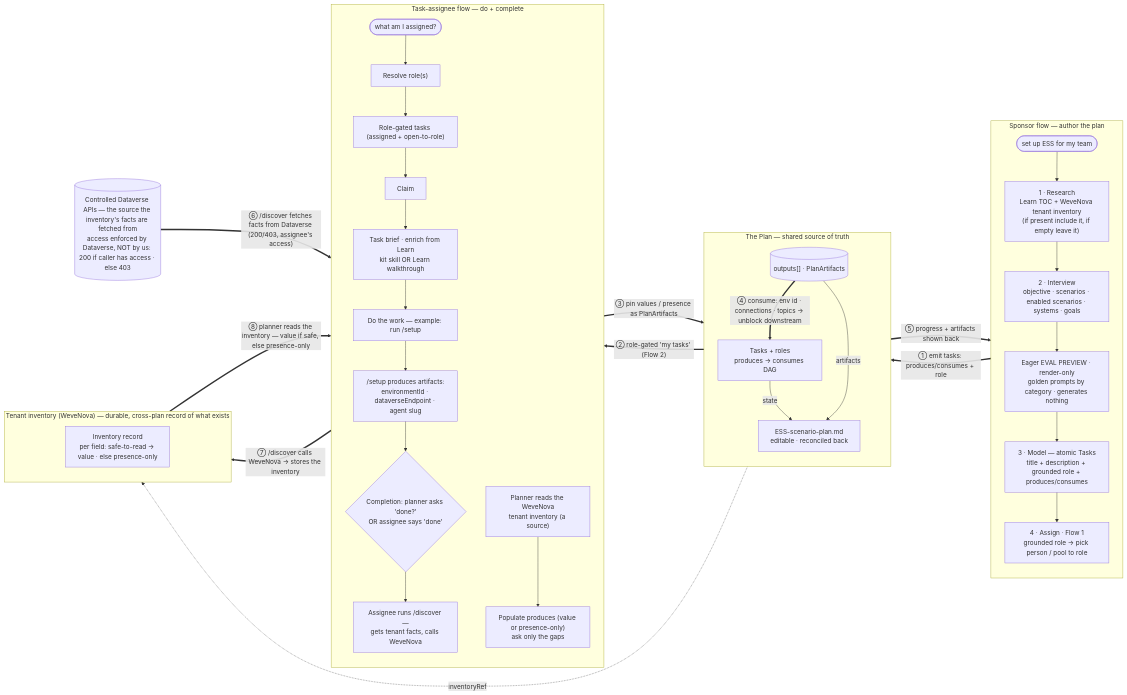
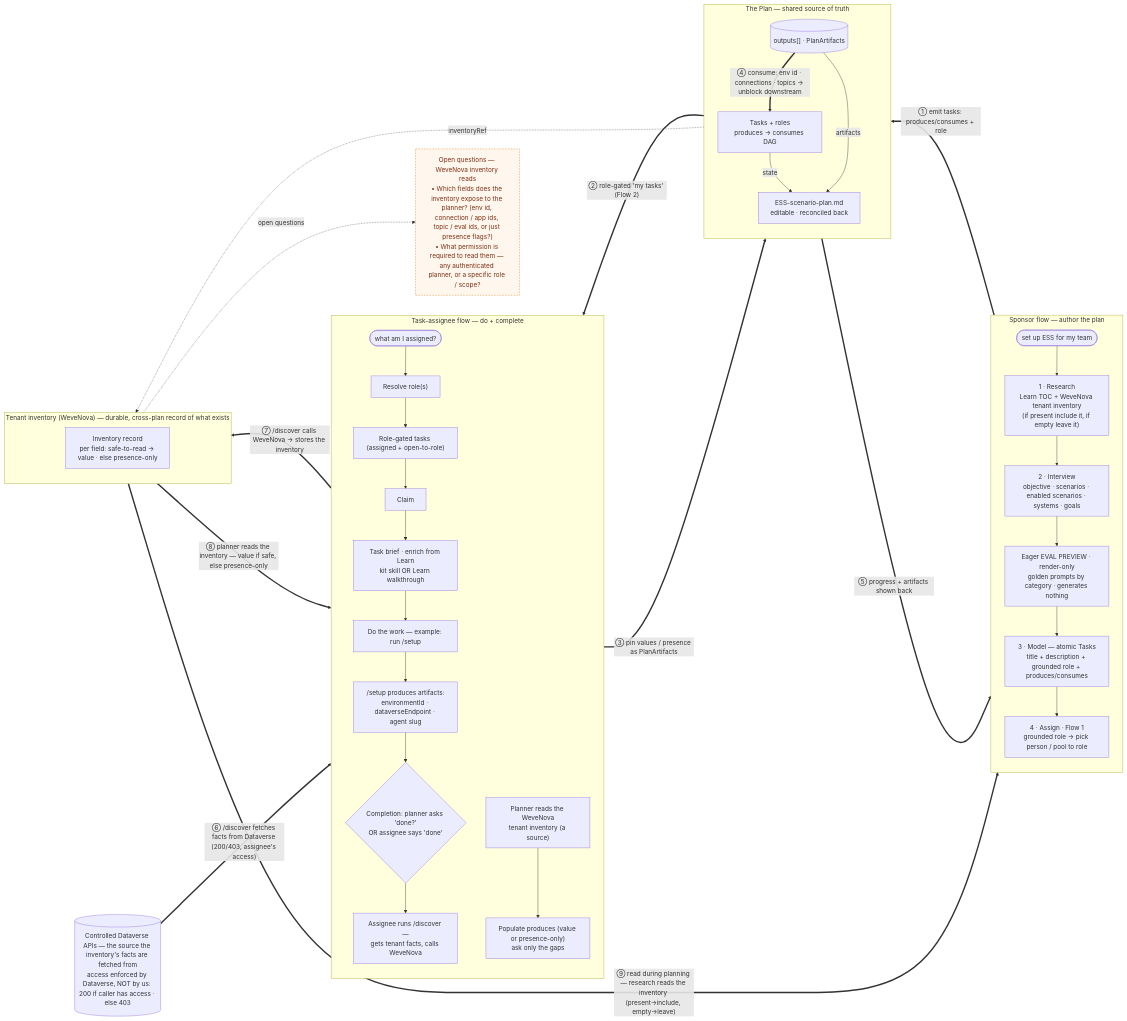
One commit to deepaksharmacse12/Employee-Self-Service-Agent-Developer-Kit changed the diagram in dev-specs/adk-plan-generation/ADK-Plan-Generation-and-Task-Capture-DevDesign.md. Above: the diagram before and after it, drawn with Mermaid. The commit also changed other lines of this file, not shown here.

Commit message:
docs(planner): planning-time inventory read edge + open questions (fields, permission)
Add a read edge from the sponsor's Research to the WeveNova tenant inventory (we read it during planning, present->include/empty->leave), and pose the open questions in the diagram: which fields does the inventory expose to the planner, and what permission (if any) is required to read them. Also recorded as sec 18 open question 12.

````diff
--- a/dev-specs/adk-plan-generation/ADK-Plan-Generation-and-Task-Capture-DevDesign.md
+++ b/dev-specs/adk-plan-generation/ADK-Plan-Generation-and-Task-Capture-DevDesign.md
@@ -80,49 +80,53 @@
 ```mermaid
 flowchart LR
   subgraph SPONSOR["Sponsor flow — author the plan"]
     direction TB
     A(["set up ESS for my team"]) --> R["1 · Research<br/>Learn TOC + WeveNova tenant inventory<br/>(if present include it, if empty leave it)"]
     R --> I["2 · Interview<br/>objective · scenarios · enabled scenarios · systems · goals"]
     I --> PV["Eager EVAL PREVIEW · render-only<br/>golden prompts by category · generates nothing"]
     PV --> M["3 · Model — atomic Tasks<br/>title + description + grounded role + produces/consumes"]
     M --> ASG["4 · Assign · Flow 1<br/>grounded role → pick person / pool to role"]
   end
 
   subgraph PLAN["The Plan — shared source of truth"]
     direction TB
     TASKS["Tasks + roles<br/>produces → consumes DAG"]
     OUT[("outputs[] · PlanArtifacts")]
     MD["ESS-scenario-plan.md<br/>editable · reconciled back"]
     TASKS -->|state| MD
     OUT -->|artifacts| MD
   end
 
   subgraph ASSIGNEE["Task-assignee flow — do + complete"]
     direction TB
     Q(["what am I assigned?"]) --> RO["Resolve role(s)"]
     RO --> LS["Role-gated tasks (assigned + open-to-role)"]
     LS --> CL["Claim"] --> BR["Task brief · enrich from Learn<br/>kit skill OR Learn walkthrough"]
     BR --> DO["Do the work — example: run /setup"]
     DO --> SU["/setup produces artifacts:<br/>environmentId · dataverseEndpoint · agent slug"]
     SU --> TG{"Completion: planner asks 'done?'<br/>OR assignee says 'done'"}
     TG --> DISC["Assignee runs /discover —<br/>gets tenant facts, calls WeveNova"]
     SC["Planner reads the WeveNova<br/>tenant inventory (a source)"] --> POP["Populate produces (value or presence-only)<br/>ask only the gaps"]
   end
 
   subgraph TENINV["Tenant inventory (WeveNova) — durable, cross-plan record of what exists"]
     direction TB
     WN["Inventory record<br/>per field: safe-to-read → value · else presence-only"]
   end
 
   DV[("Controlled Dataverse APIs — the source the inventory's facts are fetched from<br/>access enforced by Dataverse, NOT by us: 200 if caller has access · else 403")]
 
   ASG ==>|"① emit tasks: produces/consumes + role"| TASKS
   TASKS ==>|"② role-gated 'my tasks' (Flow 2)"| Q
   DV ==>|"⑥ /discover fetches facts from Dataverse (200/403, assignee's access)"| DISC
   DISC ==>|"⑦ /discover calls WeveNova → stores the inventory"| WN
   WN ==>|"⑧ planner reads the inventory — value if safe, else presence-only"| SC
   POP ==>|"③ pin values / presence as PlanArtifacts"| OUT
   OUT -.->|"inventoryRef"| WN
   OUT ==>|"④ consume: env id · connections · topics → unblock downstream"| TASKS
   MD ==>|"⑤ progress + artifacts shown back"| A
+  WN ==>|"⑨ read during planning — research reads the inventory (present→include, empty→leave)"| R
+  WN -.->|"open questions"| OQ
+  OQ["Open questions — WeveNova inventory reads<br/>• Which fields does the inventory expose to the planner? (env id, connection / app ids, topic / eval ids, or just presence flags?)<br/>• What permission is required to read them — any authenticated planner, or a specific role / scope?"]
+  style OQ fill:#fff7ed,stroke:#d97706,stroke-dasharray:4 3,color:#7c2d12;
 ```
````
